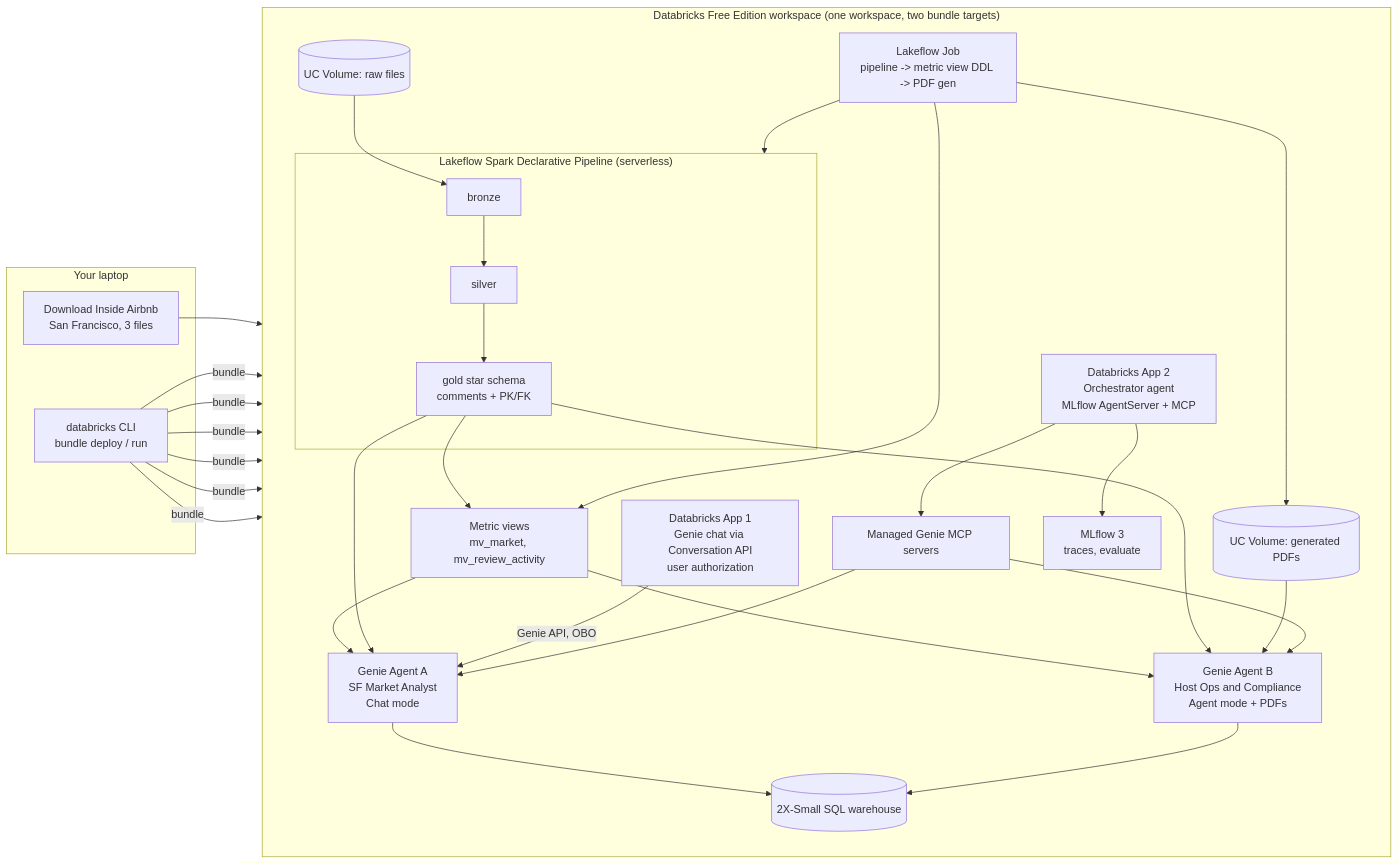
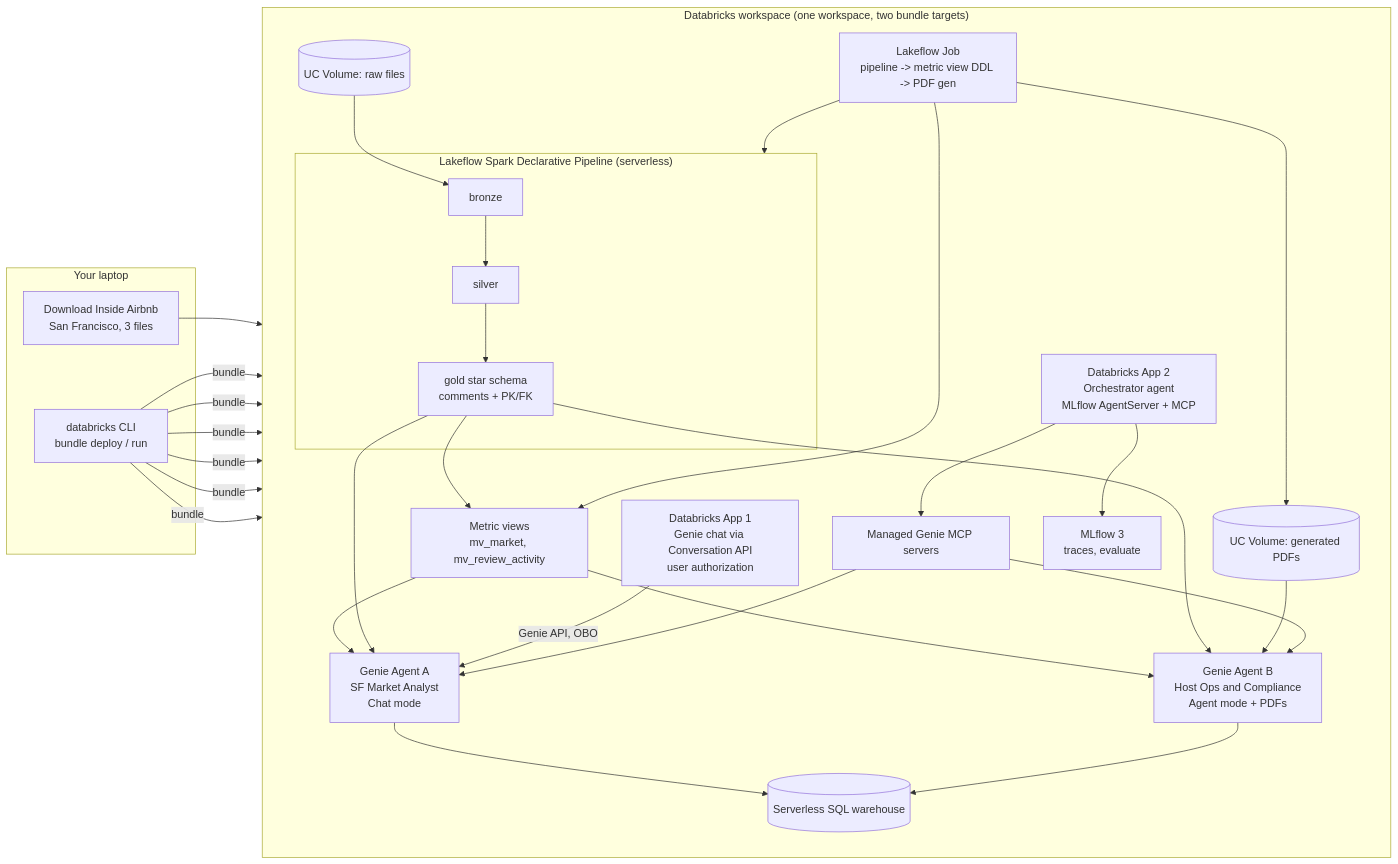
Before and after one commit to zoltanctoth/databricks-genie-in-production: the diagram in README.md, drawn with Mermaid. The commit also changed other lines of this file and 25 other files, not shown here.

First line of the commit message:
Add working dev/prod bundle, bronze pipeline, PDF generator and workspace setup

````diff
--- a/README.md
+++ b/README.md
@@ -11,38 +11,38 @@
 ```mermaid
 flowchart LR
   subgraph Student["Your laptop"]
     DL[Download Inside Airbnb<br/>San Francisco, 3 files]
     CLI[databricks CLI<br/>bundle deploy / run]
   end
 
-  subgraph WS["Databricks Free Edition workspace (one workspace, two bundle targets)"]
+  subgraph WS["Databricks workspace (one workspace, two bundle targets)"]
     direction TB
     VOL[(UC Volume: raw files)]
     PDFVOL[(UC Volume: generated PDFs)]
     subgraph PIPE["Lakeflow Spark Declarative Pipeline (serverless)"]
       B[bronze] --> S[silver] --> G[gold star schema<br/>comments + PK/FK]
     end
     MV[Metric views<br/>mv_market, mv_review_activity]
     JOB[Lakeflow Job<br/>pipeline -> metric view DDL -> PDF gen]
     GA[Genie Agent A<br/>SF Market Analyst<br/>Chat mode]
     GB[Genie Agent B<br/>Host Ops and Compliance<br/>Agent mode + PDFs]
     APP1[Databricks App 1<br/>Genie chat via Conversation API<br/>user authorization]
     APP2[Databricks App 2<br/>Orchestrator agent<br/>MLflow AgentServer + MCP]
     MCP[Managed Genie MCP servers]
     MLF[MLflow 3<br/>traces, evaluate]
-    WH[(2X-Small SQL warehouse)]
+    WH[(Serverless SQL warehouse)]
   end
 
   DL --> VOL
   CLI -->|bundle| PIPE & JOB & GA & GB & APP1 & APP2
   VOL --> B
   G --> MV
   JOB --> PIPE & MV & PDFVOL
   MV --> GA & GB
   G --> GA & GB
   PDFVOL --> GB
   GA & GB --> WH
   APP1 -->|Genie API, OBO| GA
   APP2 --> MCP --> GA & GB
   APP2 --> MLF
 ```
````
